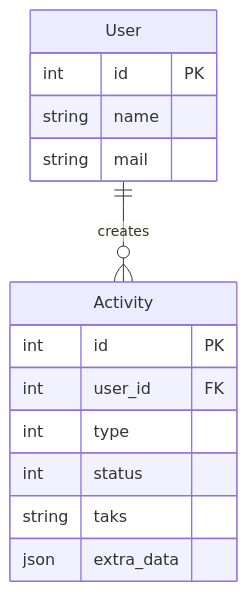
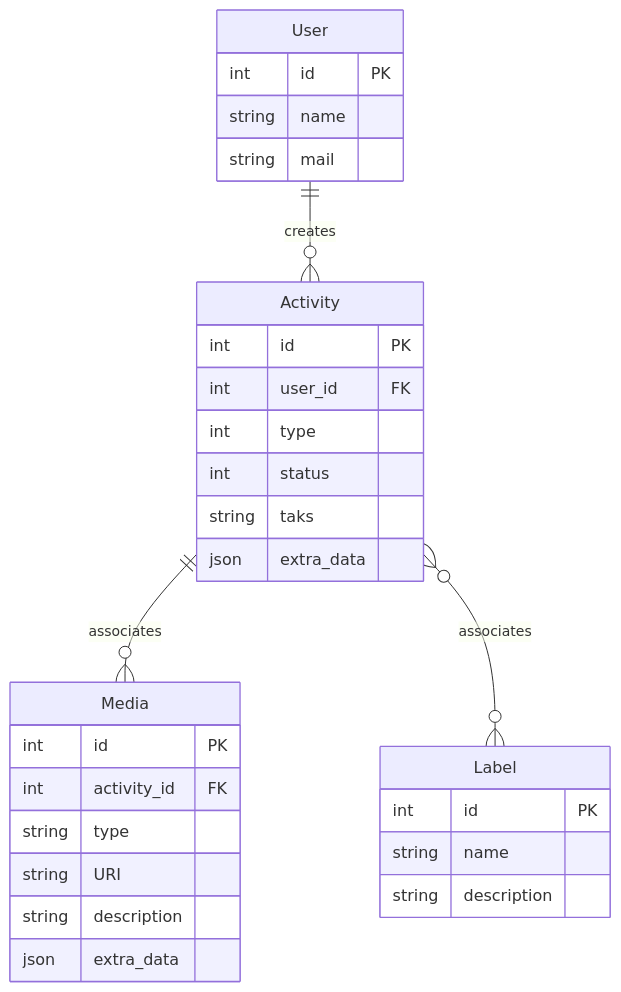
One commit to andrescosta/todo-spring-react changed the diagram in Project.MD. Above: the diagram before and after it, drawn with Mermaid.

Commit message:
improved references

````diff
--- a/Project.MD
+++ b/Project.MD
@@ -7,17 +7,35 @@
 ```mermaid
 erDiagram
   User ||--o{ Activity : creates
-    User {
-        int id PK
-        string name
-        string mail
-    }
-    Activity {
+  Activity ||--o{ Media : associates
+  Activity }o--o{ Label : associates
+
+  User {
       int id PK
-      int user_id FK
-      int type
-      int status
-      string taks
-      json extra_data
-    }
+      string name
+      string mail
+  }
+  Activity {
+    int id PK
+    int user_id FK
+    int type
+    int status
+    string taks
+    json extra_data
+  }
+  
+  Label {
+    int id PK
+    string name
+    string description
+  }
+
+  Media {
+    int id PK
+    int activity_id FK
+    string type
+    string URI
+    string description
+    json extra_data
+  }
 ```
````
